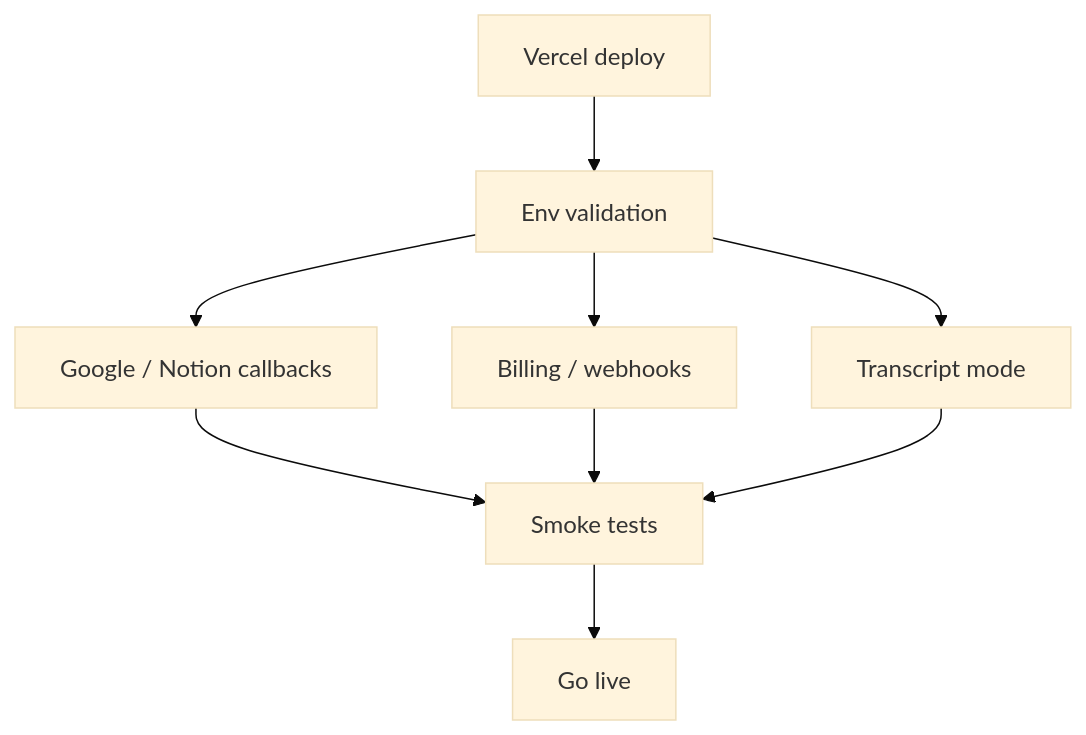
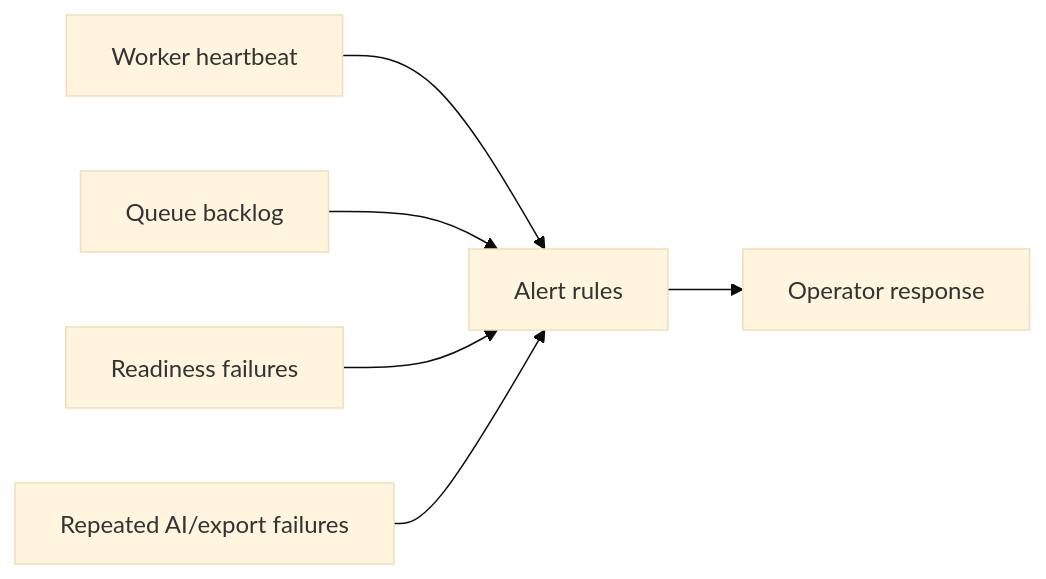
Before and after one commit to krishna0605/NextStop.AI-Web: the tenth of 12 diagrams in docs/production-readiness-report.md, drawn with Mermaid (base theme). The commit also changed other lines of this file and 120 other files, not shown here.

Commit message:
feat(web): harden durable meeting flows, ops readiness, and local auth

````diff
--- a/docs/production-readiness-report.md
+++ b/docs/production-readiness-report.md
@@ -567,11 +728,8 @@
 ```mermaid
-flowchart TD
-  A["Vercel deploy"] --> B["Env validation"]
-  B --> C["Google / Notion callbacks"]
-  B --> D["Billing / webhooks"]
-  B --> E["Transcript mode"]
-  C --> F["Smoke tests"]
-  D --> F
-  E --> F
-  F --> G["Go live"]
+flowchart LR
+    Worker["Worker heartbeat"] --> Alert["Alert rules"]
+    Queue["Queue backlog"] --> Alert
+    Readiness["Readiness failures"] --> Alert
+    Failures["Repeated AI/export failures"] --> Alert
+    Alert --> Operator["Operator response"]
 ```
````
